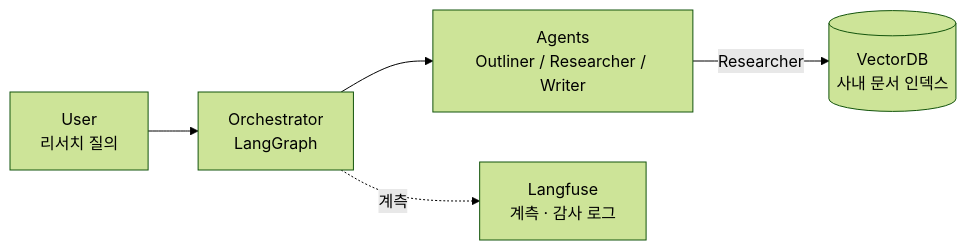
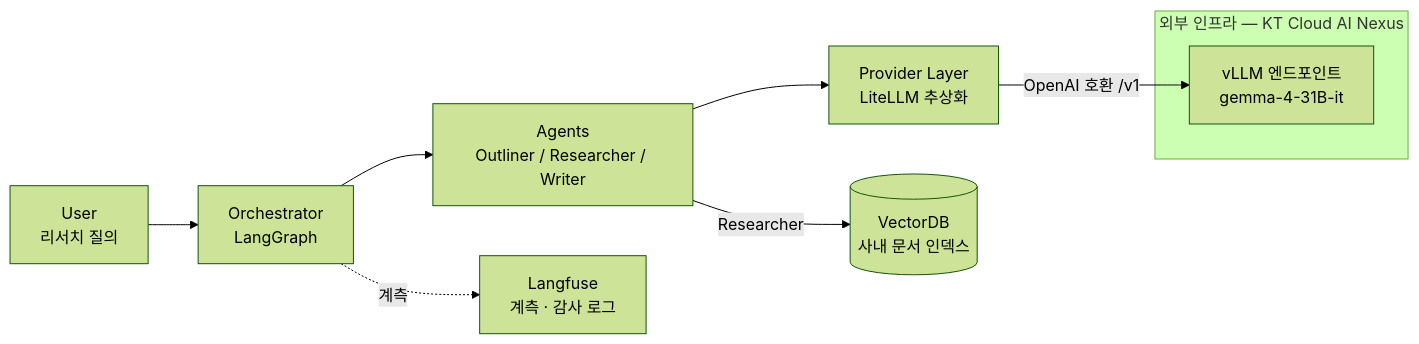
One commit to clickshn/multiagent-research-lab changed the first of 2 diagrams in docs/architecture.md. Above: the diagram before and after it, drawn with Mermaid (forest theme). The commit also changed other lines of this file, not shown here.

First line of the commit message:
docs: architecture v1.1 — 서빙 경계와 그래프 배선 반영

````diff
--- a/docs/architecture.md
+++ b/docs/architecture.md
@@ -8,13 +9,20 @@
 ```mermaid
 graph LR
     User[User<br/>리서치 질의]
     Orch[Orchestrator<br/>LangGraph]
     Agents[Agents<br/>Outliner / Researcher / Writer]
+    Prov[Provider Layer<br/>LiteLLM 추상화]
     VDB[(VectorDB<br/>사내 문서 인덱스)]
     Obs[Langfuse<br/>계측 · 감사 로그]
 
+    subgraph ext [외부 인프라 — KT Cloud AI Nexus]
+        VLLM[vLLM 엔드포인트<br/>gemma-4-31B-it]
+    end
+
     User --> Orch
     Orch --> Agents
+    Agents --> Prov
+    Prov -- OpenAI 호환 /v1 --> VLLM
     Agents -- Researcher --> VDB
     Orch -.계측.-> Obs
 ```
````
